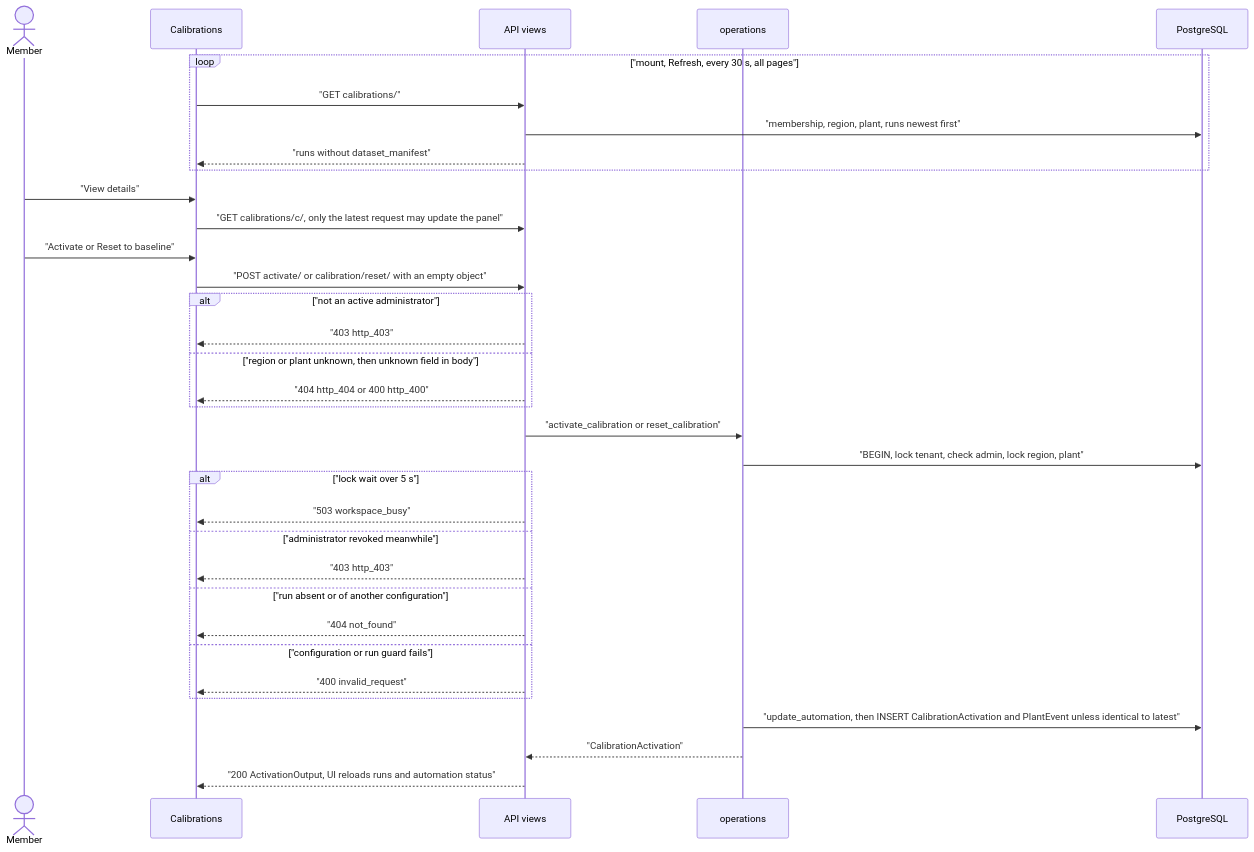
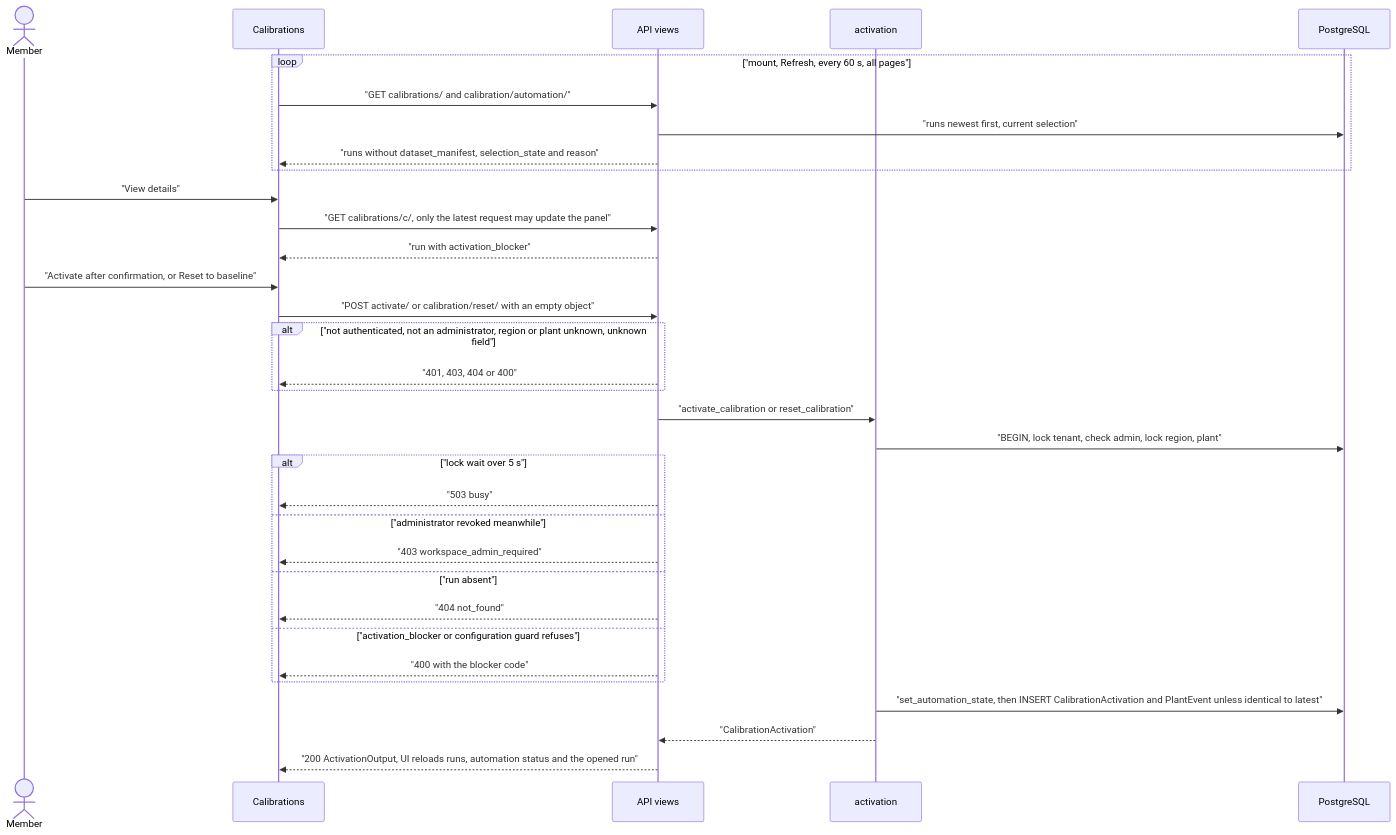
The diagram in docs/flows/calibration-activation.md (erkurtharun/pyracast), drawn with Mermaid before and after one commit. The commit also changed other lines of this file and 85 other files, not shown here.

First line of the commit message:
Bring the flow pages in line with the code (#107)

````diff
--- a/docs/flows/calibration-activation.md
+++ b/docs/flows/calibration-activation.md
@@ -13,36 +13,35 @@
 ```mermaid
 sequenceDiagram
     actor U as Member
     participant S as Calibrations
     participant A as API views
-    participant O as operations
+    participant O as activation
     participant DB as PostgreSQL
-    loop "mount, Refresh, every 30 s, all pages"
-        S->>A: "GET calibrations/"
-        A->>DB: "membership, region, plant, runs newest first"
-        A-->>S: "runs without dataset_manifest"
+    loop "mount, Refresh, every 60 s, all pages"
+        S->>A: "GET calibrations/ and calibration/automation/"
+        A->>DB: "runs newest first, current selection"
+        A-->>S: "runs without dataset_manifest, selection_state and reason"
     end
     U->>S: "View details"
     S->>A: "GET calibrations/c/, only the latest request may update the panel"
-    U->>S: "Activate or Reset to baseline"
+    A-->>S: "run with activation_blocker"
+    U->>S: "Activate after confirmation, or Reset to baseline"
     S->>A: "POST activate/ or calibration/reset/ with an empty object"
-    alt "not an active administrator"
-        A-->>S: "403 http_403"
-    else "region or plant unknown, then unknown field in body"
-        A-->>S: "404 http_404 or 400 http_400"
+    alt "not authenticated, not an administrator, region or plant unknown, unknown field"
+        A-->>S: "401, 403, 404 or 400"
     end
     A->>O: "activate_calibration or reset_calibration"
     O->>DB: "BEGIN, lock tenant, check admin, lock region, plant"
     alt "lock wait over 5 s"
-        A-->>S: "503 workspace_busy"
+        A-->>S: "503 busy"
     else "administrator revoked meanwhile"
-        A-->>S: "403 http_403"
-    else "run absent or of another configuration"
+        A-->>S: "403 workspace_admin_required"
+    else "run absent"
         A-->>S: "404 not_found"
-    else "configuration or run guard fails"
-        A-->>S: "400 invalid_request"
+    else "activation_blocker or configuration guard refuses"
+        A-->>S: "400 with the blocker code"
     end
-    O->>DB: "update_automation, then INSERT CalibrationActivation and PlantEvent unless identical to latest"
+    O->>DB: "set_automation_state, then INSERT CalibrationActivation and PlantEvent unless identical to latest"
     O-->>A: "CalibrationActivation"
-    A-->>S: "200 ActivationOutput, UI reloads runs and automation status"
+    A-->>S: "200 ActivationOutput, UI reloads runs, automation status and the opened run"
 ```
````
